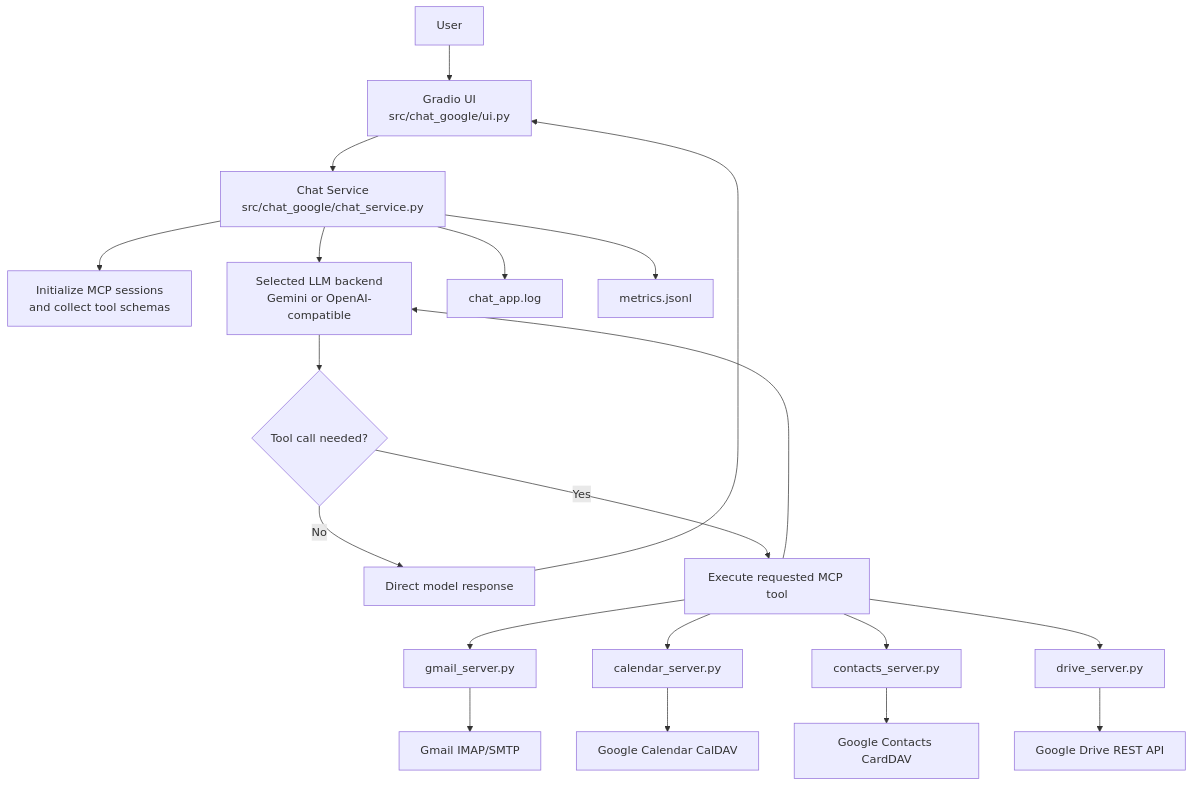
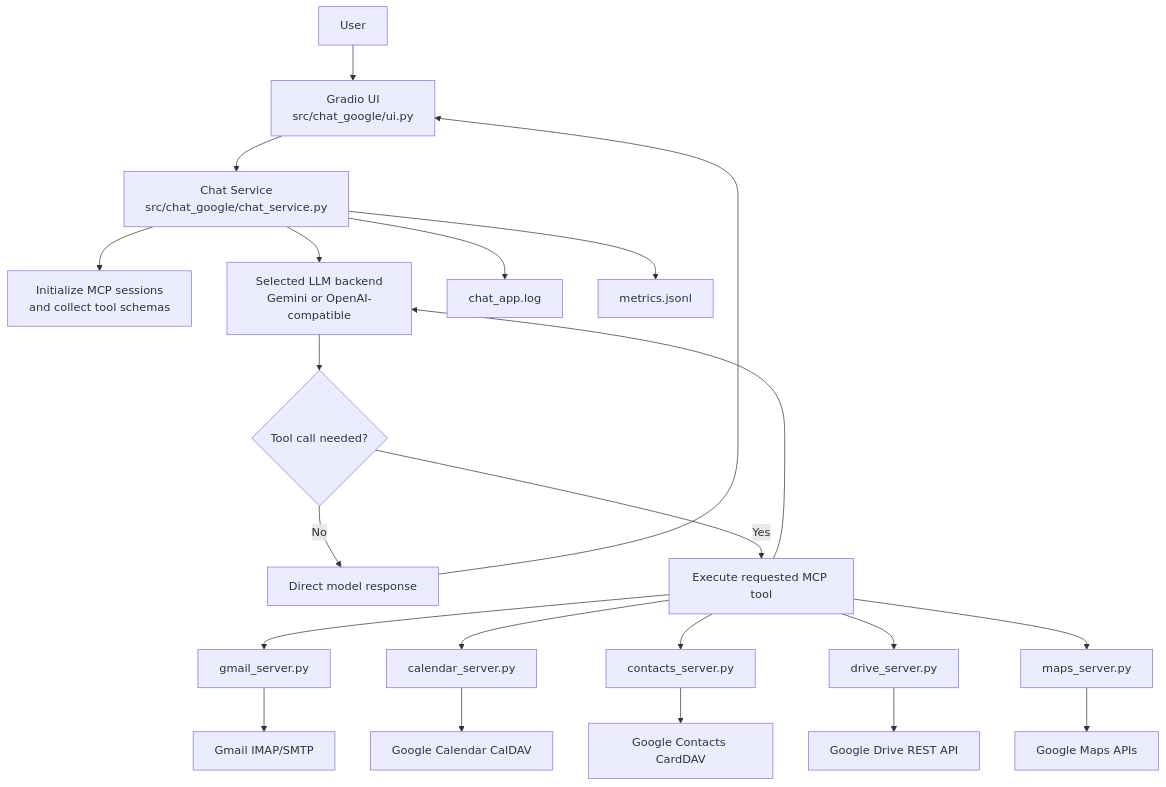
The diagram in README.md (agungw132/chat-mcp-google), drawn with Mermaid before and after one commit. The commit also changed other lines of this file and 26 other files, not shown here.

````diff
--- a/README.md
+++ b/README.md
@@ -71,28 +72,30 @@
 ```mermaid
 flowchart TD
     U[User] --> UI[Gradio UI<br/>src/chat_google/ui.py]
     UI --> CS[Chat Service<br/>src/chat_google/chat_service.py]
 
     CS --> MCPREG[Initialize MCP sessions<br/>and collect tool schemas]
     CS --> LLM[Selected LLM backend<br/>Gemini or OpenAI-compatible]
 
     LLM --> DEC{Tool call needed?}
     DEC -- No --> RESP[Direct model response]
     DEC -- Yes --> TOOL[Execute requested MCP tool]
 
     TOOL --> MG[gmail_server.py]
     TOOL --> MC[calendar_server.py]
     TOOL --> MT[contacts_server.py]
     TOOL --> MD[drive_server.py]
+    TOOL --> MM[maps_server.py]
 
     MG --> GI[Gmail IMAP/SMTP]
     MC --> GC[Google Calendar CalDAV]
     MT --> GCT[Google Contacts CardDAV]
     MD --> GD[Google Drive REST API]
+    MM --> GM[Google Maps APIs]
 
     TOOL --> LLM
     RESP --> UI
 
     CS --> L[chat_app.log]
     CS --> M[metrics.jsonl]
 ```
````
